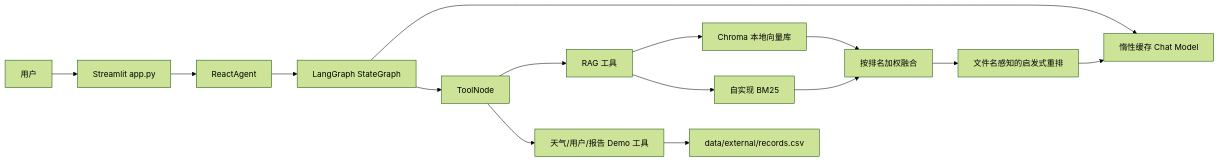
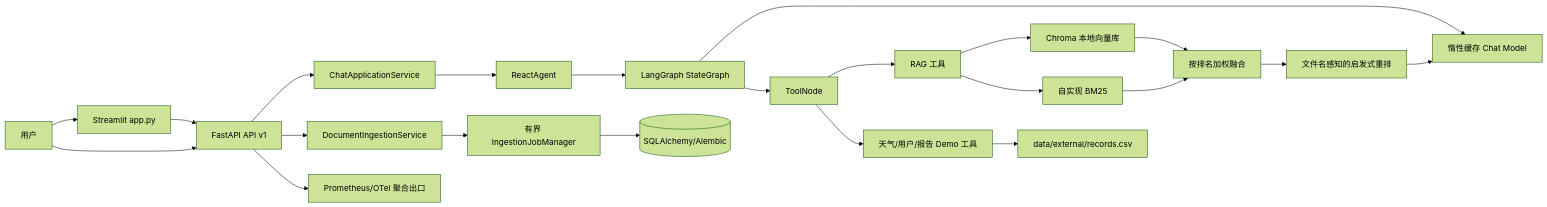
Before and after one commit to caowenying0722/Intelligent-Customer: the diagram in docs/CURRENT_STATE.md, drawn with Mermaid (forest theme). The commit also changed other lines of this file, not shown here.

````diff
--- a/docs/CURRENT_STATE.md
+++ b/docs/CURRENT_STATE.md
@@ -22,17 +22,24 @@
 ```mermaid
 flowchart LR
     U[用户] --> UI[Streamlit app.py]
-    UI --> RA[ReactAgent]
+    U --> API[FastAPI API v1]
+    UI --> API
+    API --> CS[ChatApplicationService]
+    CS --> RA[ReactAgent]
     RA --> LG[LangGraph StateGraph]
     LG --> LLM[惰性缓存 Chat Model]
     LG --> TN[ToolNode]
     TN --> RT[RAG 工具]
     TN --> DT[天气/用户/报告 Demo 工具]
     RT --> VS[Chroma 本地向量库]
     RT --> BM[自实现 BM25]
     VS --> HR[按排名加权融合]
     BM --> HR
     HR --> RR[文件名感知的启发式重排]
     RR --> LLM
     DT --> CSV[data/external/records.csv]
+    API --> ING[DocumentIngestionService]
+    ING --> JOB[有界 IngestionJobManager]
+    JOB --> DB[(SQLAlchemy/Alembic)]
+    API --> OBS[Prometheus/OTel 聚合出口]
 ```
````
